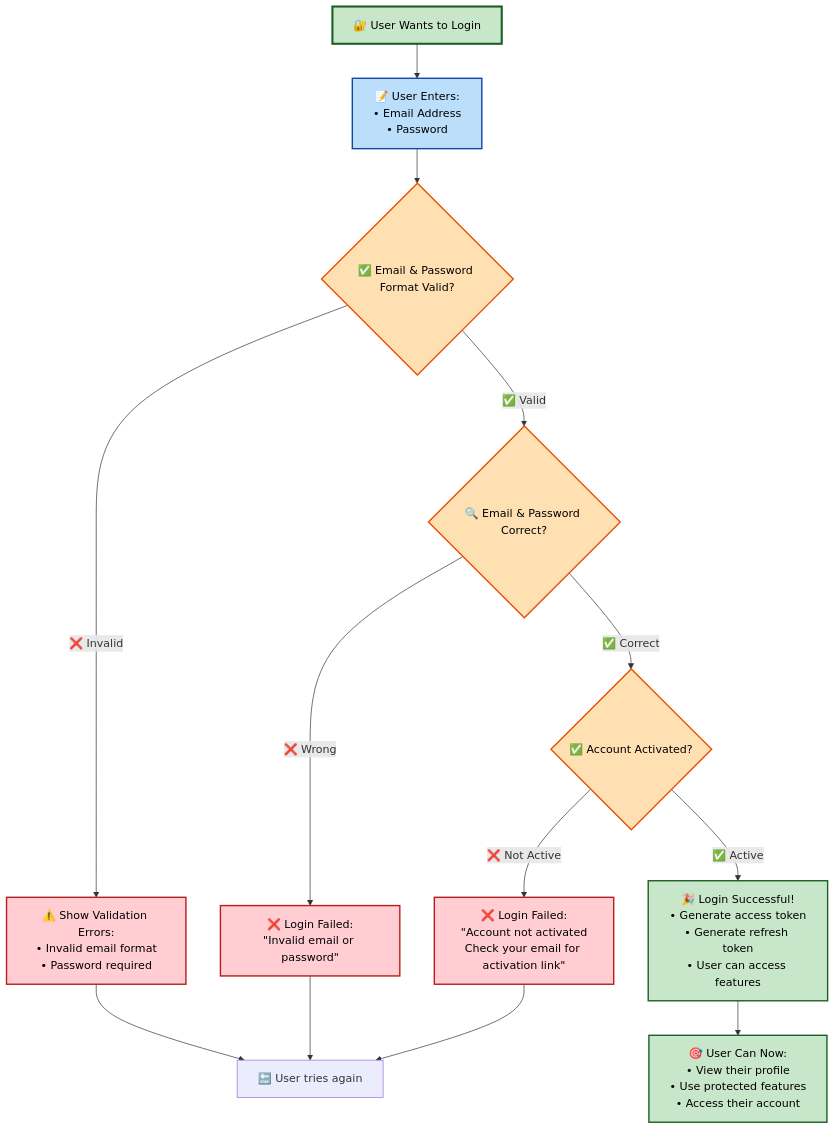
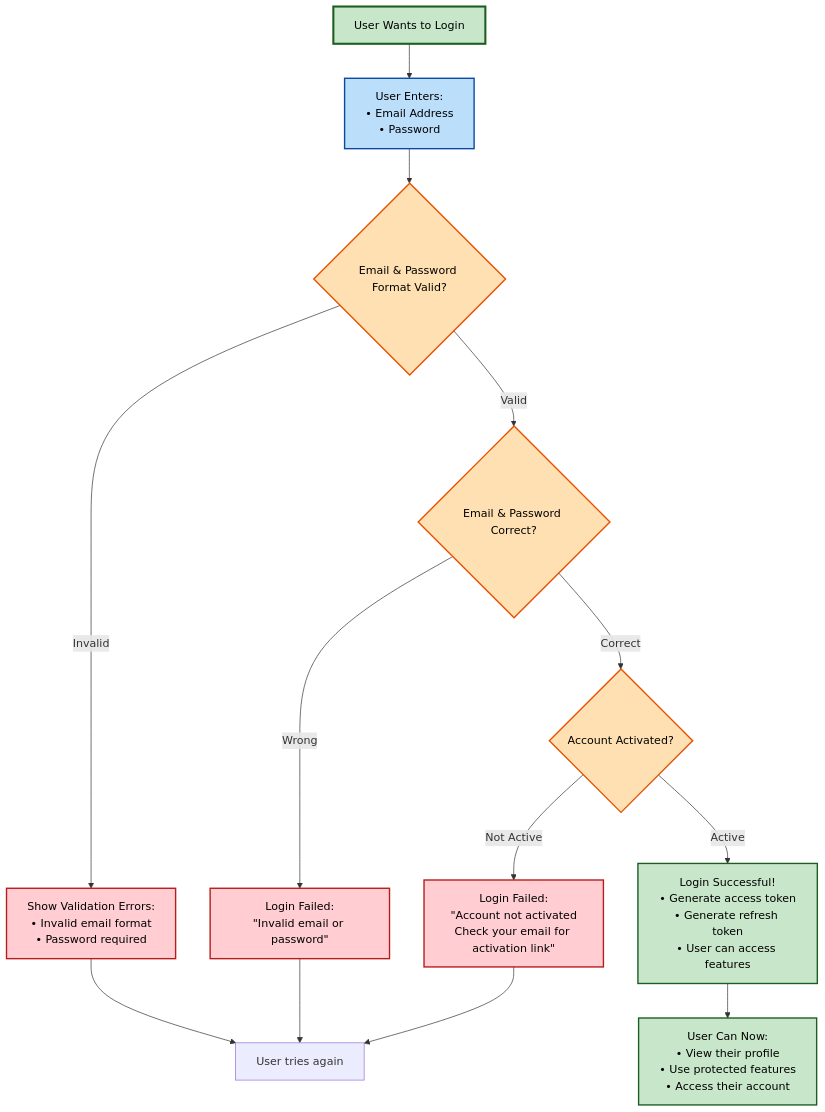
The fourth of 4 diagrams in diagrams/business-process-flows.md (cup1111/zendulge-be), drawn with Mermaid before and after one commit. The commit also changed other lines of this file, not shown here.

Commit message:
remove icon in flowchart digram

````diff
--- a/diagrams/business-process-flows.md
+++ b/diagrams/business-process-flows.md
@@ -120,36 +120,36 @@
 ```mermaid
 flowchart TD
-    StartLogin[🔐 User Wants to Login] --> InputLogin[📝 User Enters:<br/>• Email Address<br/>• Password]
+    StartLogin[User Wants to Login] --> InputLogin[User Enters:<br/>• Email Address<br/>• Password]
     
-    InputLogin --> ValidateLogin{✅ Email & Password Format Valid?}
+    InputLogin --> ValidateLogin{Email & Password Format Valid?}
     
-    ValidateLogin -->|❌ Invalid| ValidationFailLogin[⚠️ Show Validation Errors:<br/>• Invalid email format<br/>• Password required]
+    ValidateLogin -->|Invalid| ValidationFailLogin[Show Validation Errors:<br/>• Invalid email format<br/>• Password required]
     
-    ValidateLogin -->|✅ Valid| CheckCredentials{🔍 Email & Password Correct?}
+    ValidateLogin -->|Valid| CheckCredentials{Email & Password Correct?}
     
-    CheckCredentials -->|❌ Wrong| InvalidCredentials[❌ Login Failed:<br/>&quot;Invalid email or password&quot;]
+    CheckCredentials -->|Wrong| InvalidCredentials[Login Failed:<br/>&quot;Invalid email or password&quot;]
     
-    CheckCredentials -->|✅ Correct| CheckActive{✅ Account Activated?}
+    CheckCredentials -->|Correct| CheckActive{Account Activated?}
     
-    CheckActive -->|❌ Not Active| NotActivated[❌ Login Failed:<br/>&quot;Account not activated<br/>Check your email for activation link&quot;]
+    CheckActive -->|Not Active| NotActivated[Login Failed:<br/>&quot;Account not activated<br/>Check your email for activation link&quot;]
     
-    CheckActive -->|✅ Active| LoginSuccess[🎉 Login Successful!<br/>• Generate access token<br/>• Generate refresh token<br/>• User can access features]
+    CheckActive -->|Active| LoginSuccess[Login Successful!<br/>• Generate access token<br/>• Generate refresh token<br/>• User can access features]
     
-    ValidationFailLogin --> EndLogin[🔚 User tries again]
+    ValidationFailLogin --> EndLogin[User tries again]
     InvalidCredentials --> EndLogin
     NotActivated --> EndLogin
-    LoginSuccess --> UserAccess[🎯 User Can Now:<br/>• View their profile<br/>• Use protected features<br/>• Access their account]
+    LoginSuccess --> UserAccess[User Can Now:<br/>• View their profile<br/>• Use protected features<br/>• Access their account]
     
     %% Styling
     classDef startClass fill:#c8e6c9,stroke:#1b5e20,stroke-width:3px,color:#000000
     classDef errorClass fill:#ffcdd2,stroke:#b71c1c,stroke-width:2px,color:#000000  
     classDef successClass fill:#c8e6c9,stroke:#1b5e20,stroke-width:2px,color:#000000
     classDef processClass fill:#bbdefb,stroke:#0d47a1,stroke-width:2px,color:#000000
     classDef decisionClass fill:#ffe0b2,stroke:#e65100,stroke-width:2px,color:#000000
     
     class StartLogin startClass
     class ValidationFailLogin,InvalidCredentials,NotActivated errorClass
     class LoginSuccess,UserAccess successClass
     class InputLogin processClass
     class ValidateLogin,CheckCredentials,CheckActive decisionClass
 ```
````
